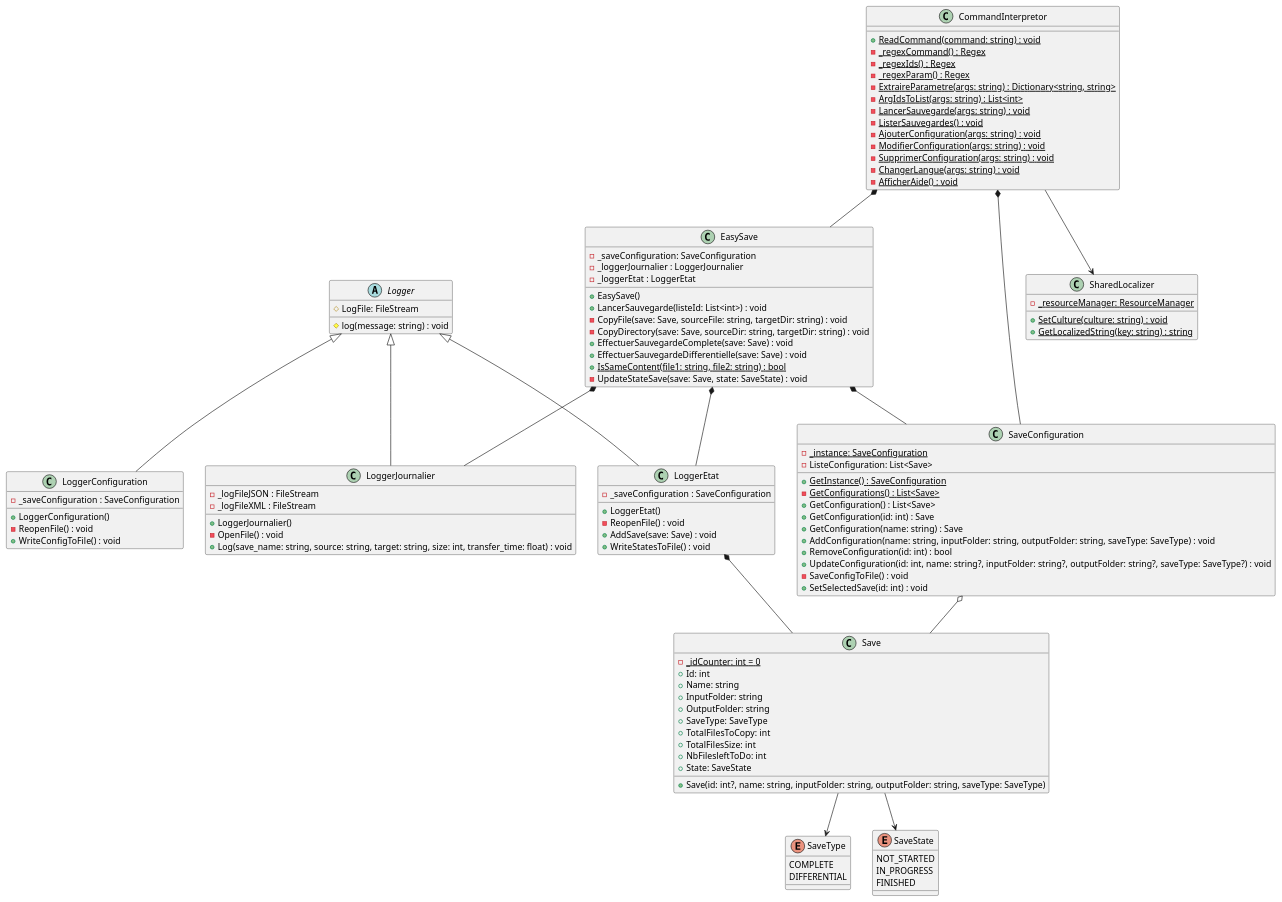
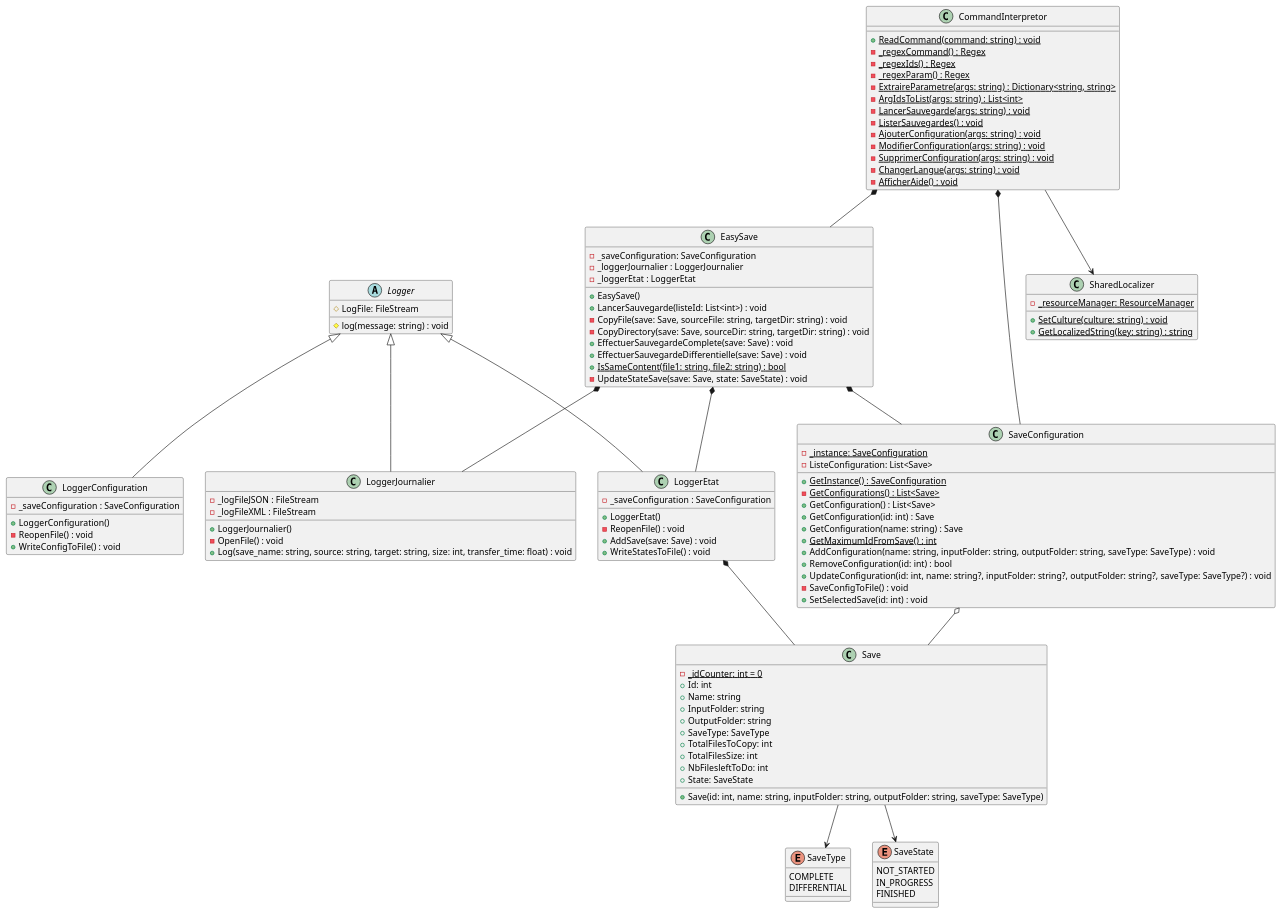
One commit to Melvin-Menanteau/EasySave changed the diagram in UML/ClassDiagram.plantuml. Above: the diagram before and after it, drawn with PlantUML. The commit also changed 2 other files, not shown here.

Commit message:
doc (UML) + typo

```diff
--- a/UML/ClassDiagram.plantuml
+++ b/UML/ClassDiagram.plantuml
@@ -1,119 +1,120 @@
 @startuml Diagramme de classe
 abstract class Logger {
     #LogFile: FileStream
     #log(message: string) : void
 }
 
 Logger <|-- LoggerJournalier
 class LoggerJournalier {
 	-_logFileJSON : FileStream
 	-_logFileXML : FileStream
     +LoggerJournalier()
 	-OpenFile() : void
     +Log(save_name: string, source: string, target: string, size: int, transfer_time: float) : void
 }
 
 Logger <|-- LoggerEtat
 LoggerEtat *-- Save
 class LoggerEtat {
     -_saveConfiguration : SaveConfiguration
     +LoggerEtat()
 	-ReopenFile() : void
     +AddSave(save: Save) : void
     +WriteStatesToFile() : void
 }
 
 Logger <|-- LoggerConfiguration 
 class LoggerConfiguration {
 	-_saveConfiguration : SaveConfiguration
 	+LoggerConfiguration()
 	-ReopenFile() : void
 	+WriteConfigToFile() : void
 }
 
 EasySave *-- SaveConfiguration
 EasySave *-- LoggerJournalier
 EasySave *-- LoggerEtat
 class EasySave {
     -_saveConfiguration: SaveConfiguration
 	-_loggerJournalier : LoggerJournalier
 	-_loggerEtat : LoggerEtat
     +EasySave()
     +LancerSauvegarde(listeId: List<int>) : void
 	-CopyFile(save: Save, sourceFile: string, targetDir: string) : void
     -CopyDirectory(save: Save, sourceDir: string, targetDir: string) : void
     +EffectuerSauvegardeComplete(save: Save) : void
     +EffectuerSauvegardeDifferentielle(save: Save) : void
     {static}+IsSameContent(file1: string, file2: string) : bool
 	-UpdateStateSave(save: Save, state: SaveState) : void
 }
 
 SaveConfiguration o-- Save
 class SaveConfiguration {
 	{static}-_instance: SaveConfiguration
 	-ListeConfiguration: List<Save>
 	{static}+GetInstance() : SaveConfiguration
 	{static}-GetConfigurations() : List<Save>
 	+GetConfiguration() : List<Save>
 	+GetConfiguration(id: int) : Save
 	+GetConfiguration(name: string) : Save
+	{static}+GetMaximumIdFromSave() : int
 	+AddConfiguration(name: string, inputFolder: string, outputFolder: string, saveType: SaveType) : void
 	+RemoveConfiguration(id: int) : bool
 	+UpdateConfiguration(id: int, name: string?, inputFolder: string?, outputFolder: string?, saveType: SaveType?) : void
 	-SaveConfigToFile() : void
 	+SetSelectedSave(id: int) : void
 }
 
 enum SaveType {
   COMPLETE
   DIFFERENTIAL
 }
 
 enum SaveState {
   NOT_STARTED
   IN_PROGRESS
   FINISHED
 }
 
 Save --> SaveType
 Save --> SaveState
 class Save {
 	{static}-_idCounter: int = 0
 	+Id: int
 	+Name: string
 	+InputFolder: string
 	+OutputFolder: string
 	+SaveType: SaveType
 	+TotalFilesToCopy: int
 	+TotalFilesSize: int
 	+NbFilesleftToDo: int
 	+State: SaveState
-	+Save(id: int?, name: string, inputFolder: string, outputFolder: string, saveType: SaveType)
+	+Save(id: int, name: string, inputFolder: string, outputFolder: string, saveType: SaveType)
 
 }
 
 class SharedLocalizer {
 	{static}-_resourceManager: ResourceManager
 	{static}+SetCulture(culture: string) : void
 	{static}+GetLocalizedString(key: string) : string
 }
 
 CommandInterpretor --> SharedLocalizer
 CommandInterpretor *-- SaveConfiguration
 CommandInterpretor *-- EasySave
 class CommandInterpretor {
 	{static}+ReadCommand(command: string) : void
 	{static}-_regexCommand() : Regex
 	{static}-_regexIds() : Regex
 	{static}-_regexParam() : Regex
 	{static}-ExtraireParametre(args: string) : Dictionary<string, string>
 	{static}-ArgIdsToList(args: string) : List<int>
 	{static}-LancerSauvegarde(args: string) : void
 	{static}-ListerSauvegardes() : void
 	{static}-AjouterConfiguration(args: string) : void
 	{static}-ModifierConfiguration(args: string) : void
 	{static}-SupprimerConfiguration(args: string) : void
 	{static}-ChangerLangue(args: string) : void
 	{static}-AfficherAide() : void
 }
 @enduml
```
